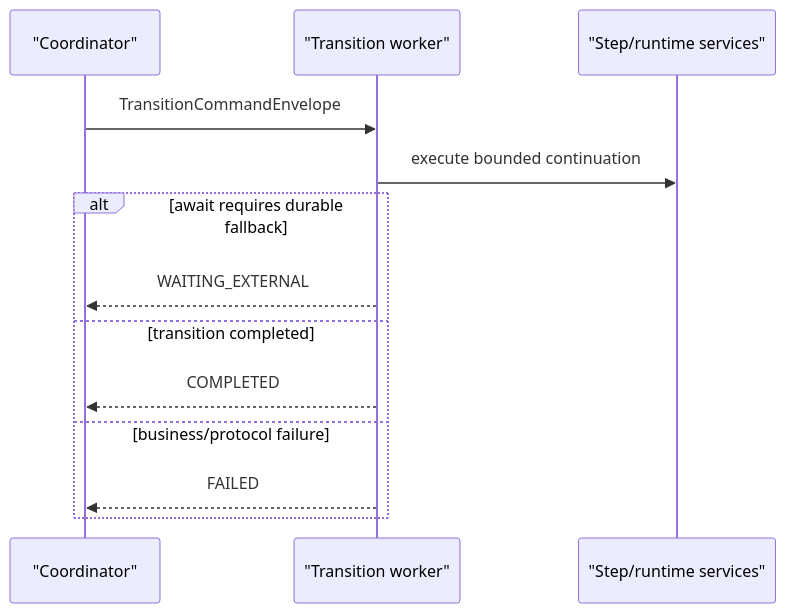
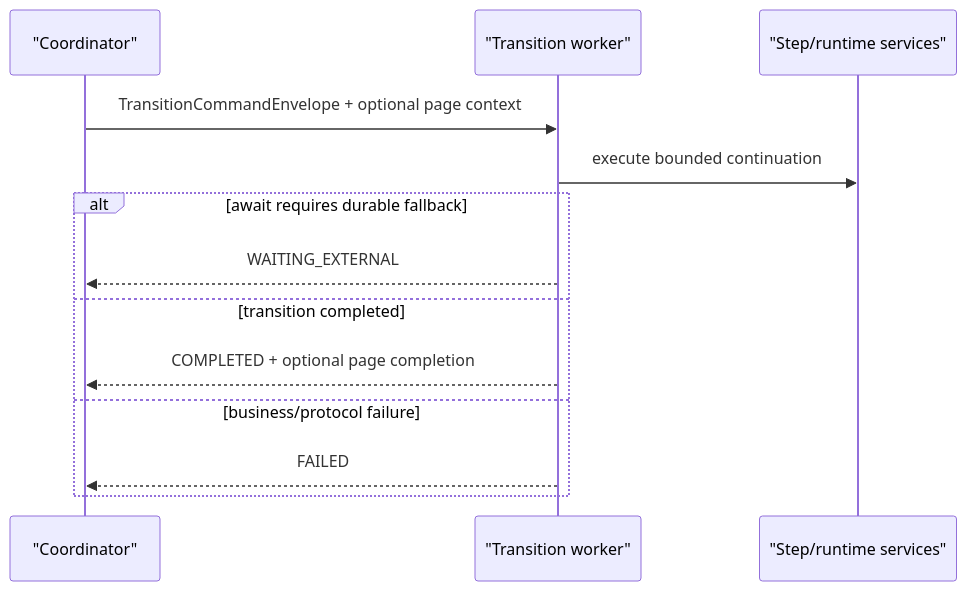
One commit to The-Pipeline-Framework/pipelineframework changed the diagram in docs/evolve/durable-coordinator/worker-protocols.md. Above: the diagram before and after it, drawn with Mermaid. The commit also changed other lines of this file and 8 other files, not shown here.

````diff
--- a/docs/evolve/durable-coordinator/worker-protocols.md
+++ b/docs/evolve/durable-coordinator/worker-protocols.md
@@ -9,16 +9,16 @@
 ```mermaid
 sequenceDiagram
     participant Coord as "Coordinator"
     participant Worker as "Transition worker"
     participant Steps as "Step/runtime services"
 
-    Coord->>Worker: TransitionCommandEnvelope
+    Coord->>Worker: TransitionCommandEnvelope + optional page context
     Worker->>Steps: execute bounded continuation
     alt await requires durable fallback
         Worker-->>Coord: WAITING_EXTERNAL
     else transition completed
-        Worker-->>Coord: COMPLETED
+        Worker-->>Coord: COMPLETED + optional page completion
     else business/protocol failure
         Worker-->>Coord: FAILED
     end
 ```
````
